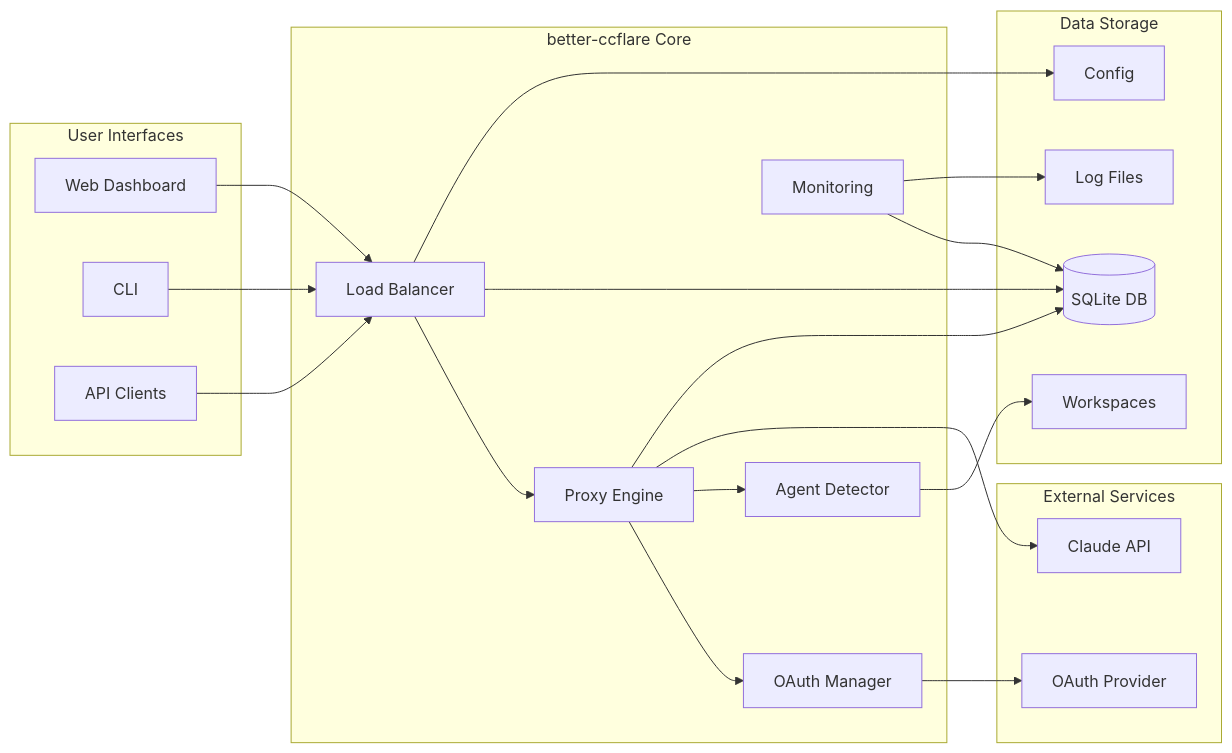
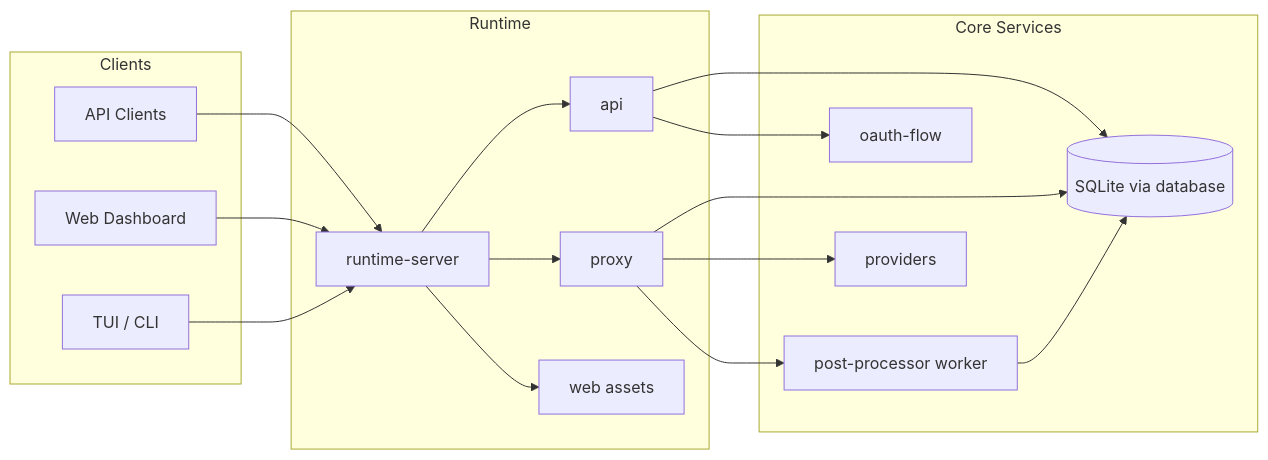
Before and after one commit to zenprocess/better-ccflare: the first of 4 diagrams in docs/architecture.md, drawn with Mermaid. The commit also changed other lines of this file and 1026 other files, not shown here.

````diff
--- a/docs/architecture.md
+++ b/docs/architecture.md
@@ -11,45 +16,37 @@
 ```mermaid
 graph LR
-    subgraph "User Interfaces"
-        UI1[Web Dashboard]
-        UI2[CLI]
-        UI3[API Clients]
+    subgraph "Clients"
+        API_CLIENT[API Clients]
+        WEB_USER[Web Dashboard]
+        TUI_USER[TUI / CLI]
     end
-    
-    subgraph "better-ccflare Core"
-        LB[Load Balancer]
-        PROXY[Proxy Engine]
-        AUTH[OAuth Manager]
-        MON[Monitoring]
-        AGENT[Agent Detector]
+
+    subgraph "Runtime"
+        SERVER[runtime-server]
+        API[api]
+        PROXY[proxy]
+        DASH[web assets]
     end
-    
-    subgraph "Data Storage"
-        DB[(SQLite DB)]
-        LOGS[Log Files]
-        CFG[Config]
-        WS[Workspaces]
+
+    subgraph "Core Services"
+        PROVIDERS[providers]
+        OAUTH[oauth-flow]
+        DB[(SQLite via database)]
+        WORKER[post-processor worker]
     end
-    
-    subgraph "External Services"
-        CLAUDE[Claude API]
-        OAUTH[OAuth Provider]
-    end
-    
-    UI1 --> LB
-    UI2 --> LB
-    UI3 --> LB
-    
-    LB --> PROXY
-    PROXY --> AUTH
-    PROXY --> AGENT
-    AUTH --> OAUTH
-    PROXY --> CLAUDE
-    
-    LB --> DB
+
+    API_CLIENT --> SERVER
+    WEB_USER --> SERVER
+    TUI_USER --> SERVER
+
+    SERVER --> API
+    SERVER --> PROXY
+    SERVER --> DASH
+
+    API --> DB
+    API --> OAUTH
     PROXY --> DB
-    MON --> DB
-    AGENT --> WS
-    MON --> LOGS
-    LB --> CFG
+    PROXY --> PROVIDERS
+    PROXY --> WORKER
+    WORKER --> DB
 ```
````
